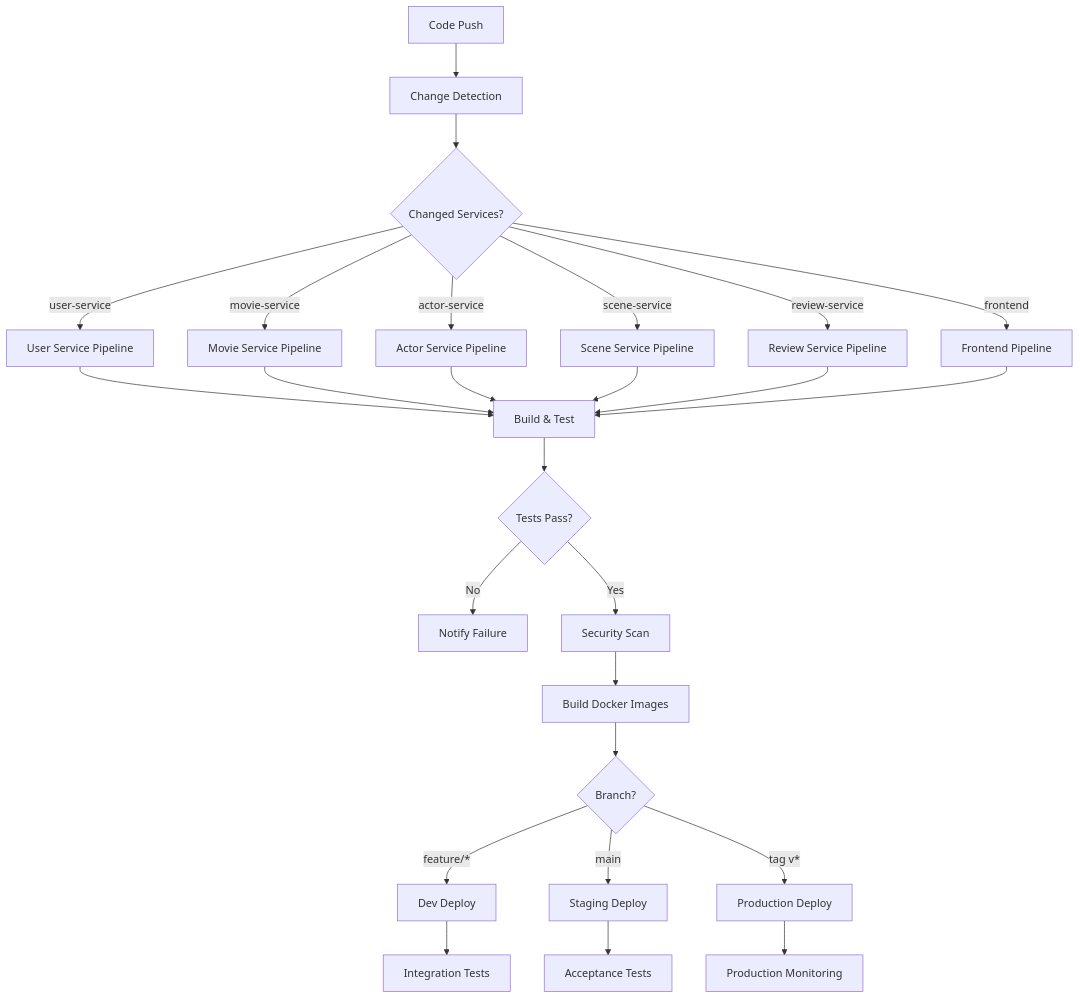
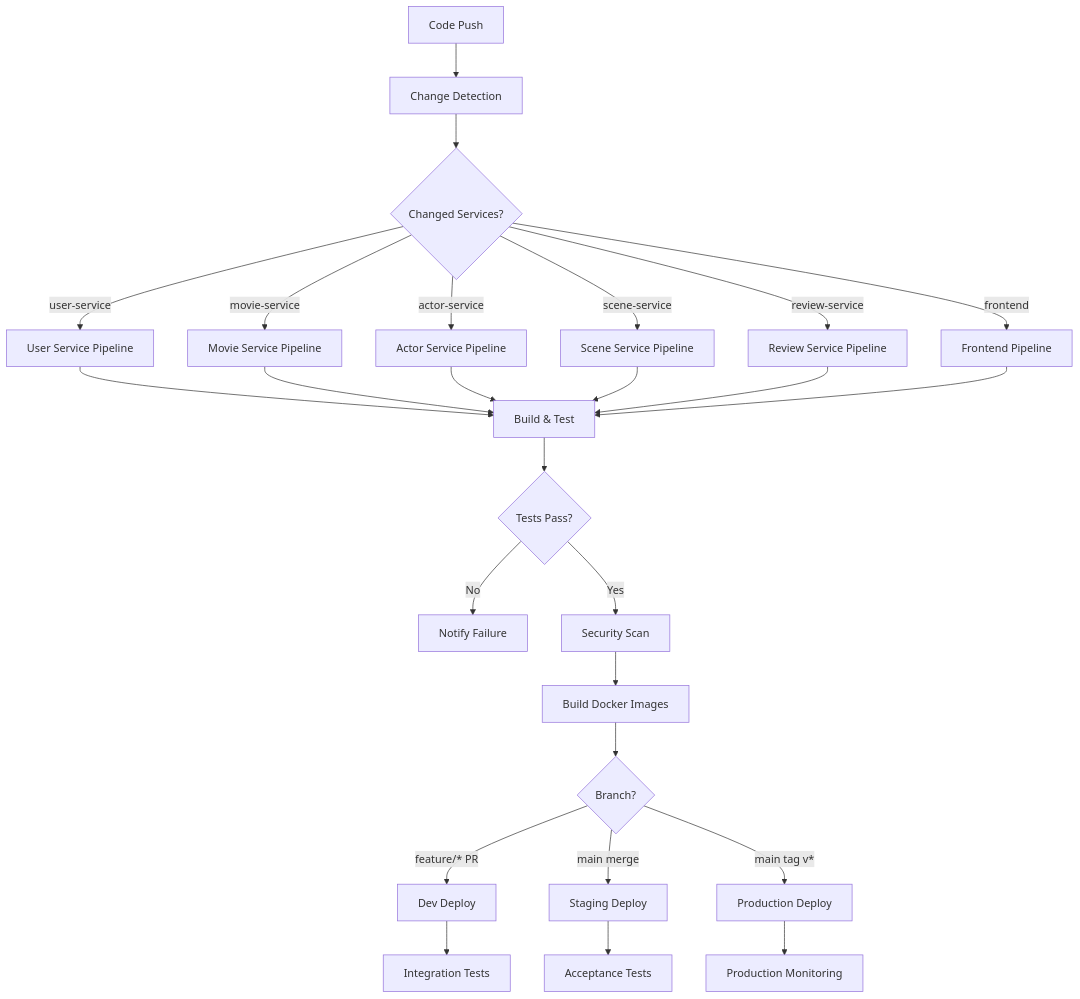
One commit to masakazu1967/cinecom changed the diagram in docs/development/ci_cd_pipeline.md. Above: the diagram before and after it, drawn with Mermaid. The commit also changed other lines of this file and 2 other files, not shown here.

First line of the commit message:
feat(architecture): add phased implementation strategies for system components

````diff
--- a/docs/development/ci_cd_pipeline.md
+++ b/docs/development/ci_cd_pipeline.md
@@ -13,31 +13,31 @@
 ```mermaid
 graph TD
     A[Code Push] --> B[Change Detection]
     B --> C{Changed Services?}
     C -->|user-service| D[User Service Pipeline]
     C -->|movie-service| E[Movie Service Pipeline]
     C -->|actor-service| F[Actor Service Pipeline]
     C -->|scene-service| G[Scene Service Pipeline]
     C -->|review-service| H[Review Service Pipeline]
     C -->|frontend| I[Frontend Pipeline]
     
     D --> J[Build & Test]
     E --> J
     F --> J
     G --> J
     H --> J
     I --> J
     
     J --> K{Tests Pass?}
     K -->|No| L[Notify Failure]
     K -->|Yes| M[Security Scan]
     M --> N[Build Docker Images]
     N --> O{Branch?}
-    O -->|feature/*| P[Dev Deploy]
-    O -->|main| Q[Staging Deploy]
-    O -->|tag v*| R[Production Deploy]
+    O -->|feature/* PR| P[Dev Deploy]
+    O -->|main merge| Q[Staging Deploy]
+    O -->|main tag v*| R[Production Deploy]
     
     P --> S[Integration Tests]
     Q --> T[Acceptance Tests]
     R --> U[Production Monitoring]
 ```
````
